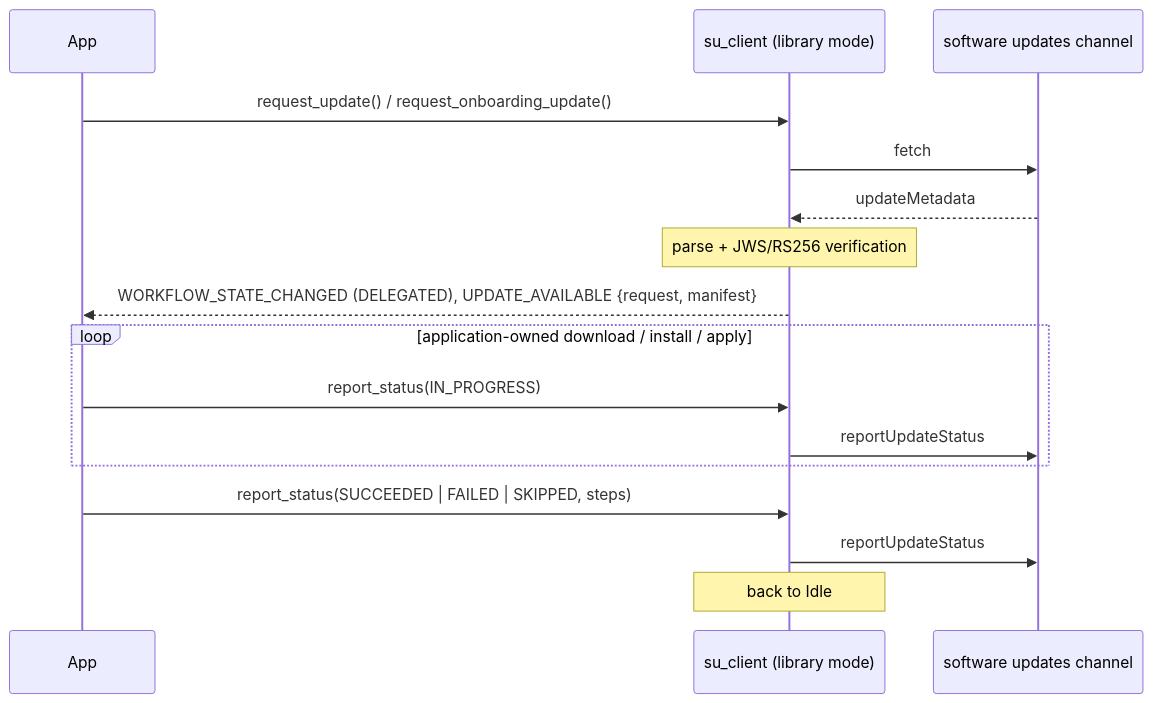
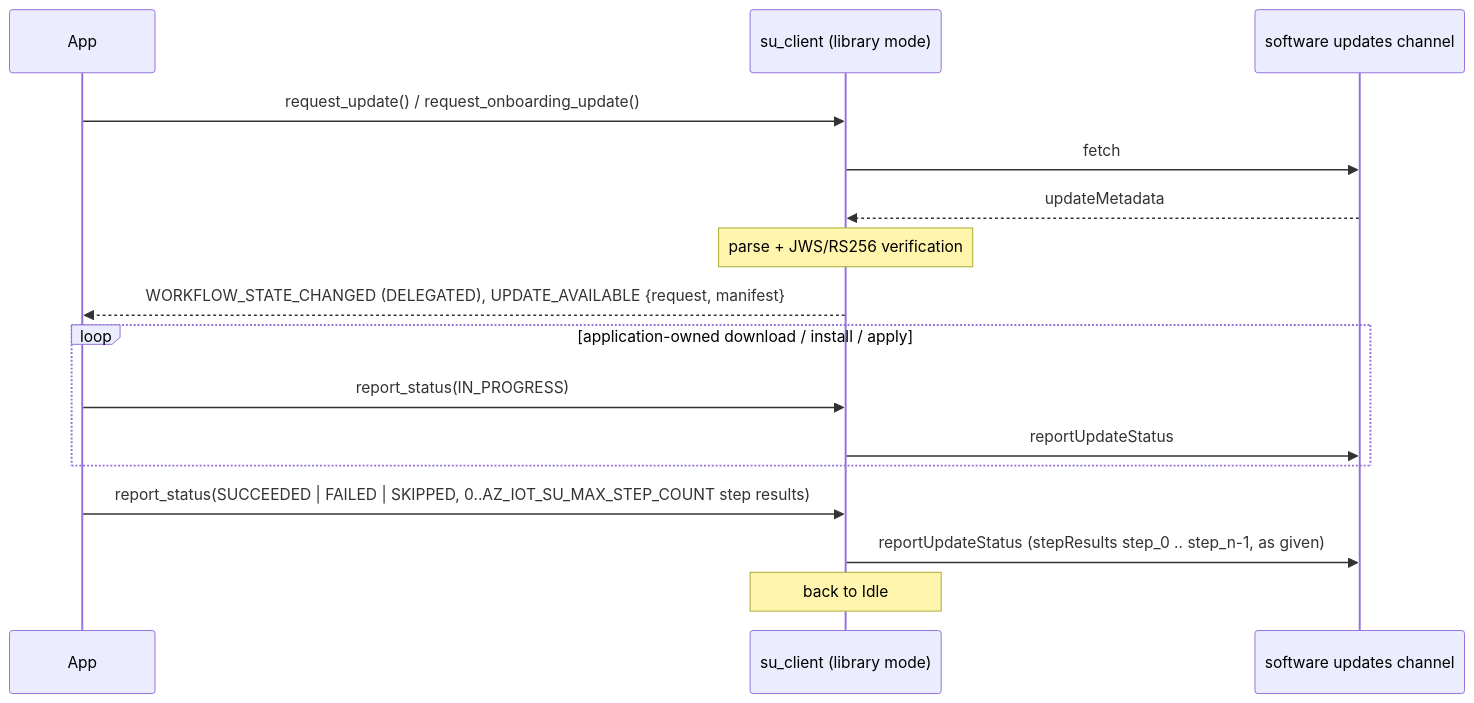
The sixth of 8 diagrams in c/docs/eng/software-updates.md (Azure/azure-iot-sdk), drawn with Mermaid before and after one commit. The commit also changed other lines of this file and 8 other files, not shown here.

First line of the commit message:
[C] Software Update: library mode final report takes the application's step results

````diff
--- a/c/docs/eng/software-updates.md
+++ b/c/docs/eng/software-updates.md
@@ -1442,19 +1445,19 @@
 ```mermaid
 sequenceDiagram
     participant App
     participant SU as su_client (library mode)
     participant Ch as software updates channel
 
     App->>SU: request_update() / request_onboarding_update()
     SU->>Ch: fetch
     Ch-->>SU: updateMetadata
     Note over SU: parse + JWS/RS256 verification
     SU-->>App: WORKFLOW_STATE_CHANGED (DELEGATED), UPDATE_AVAILABLE {request, manifest}
     loop application-owned download / install / apply
         App->>SU: report_status(IN_PROGRESS)
         SU->>Ch: reportUpdateStatus
     end
-    App->>SU: report_status(SUCCEEDED | FAILED | SKIPPED, steps)
-    SU->>Ch: reportUpdateStatus
+    App->>SU: report_status(SUCCEEDED | FAILED | SKIPPED, 0..AZ_IOT_SU_MAX_STEP_COUNT step results)
+    SU->>Ch: reportUpdateStatus (stepResults step_0 .. step_n-1, as given)
     Note over SU: back to Idle
 ```
````
